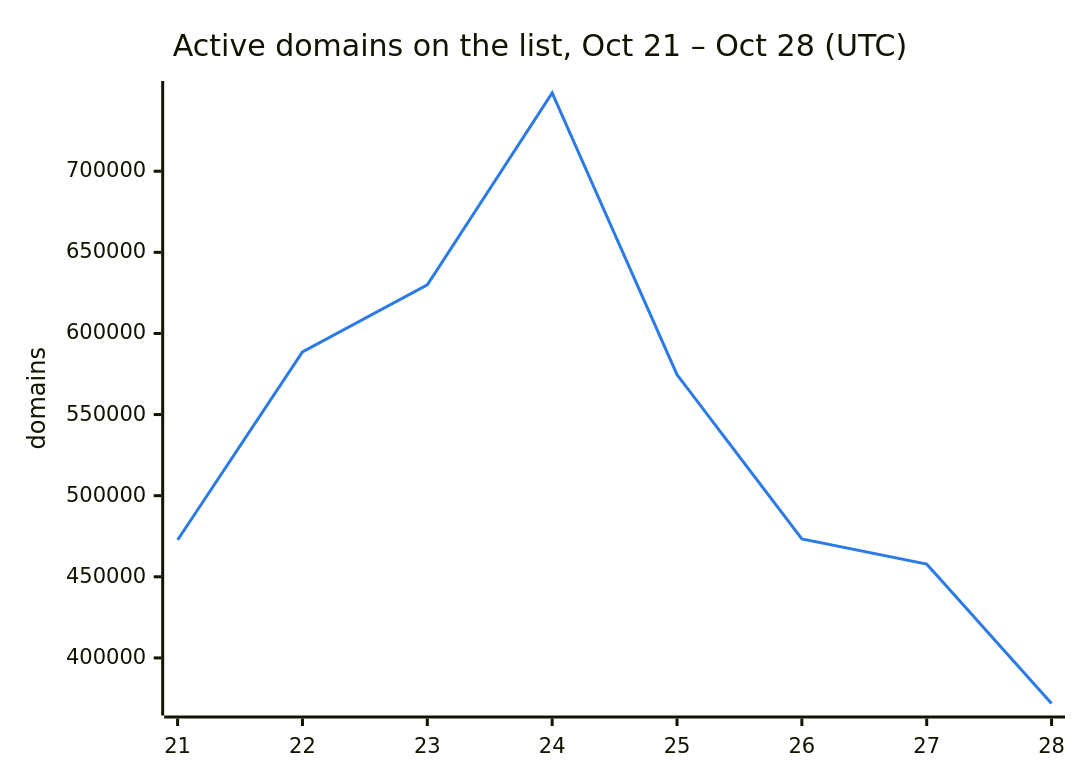
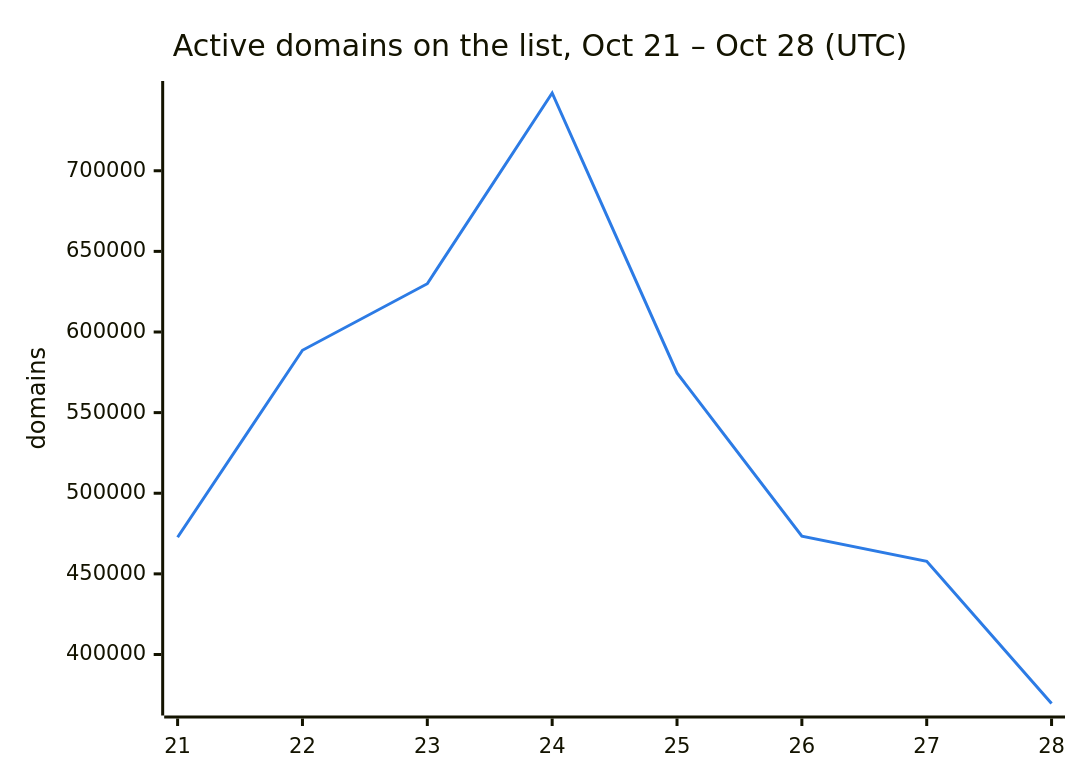
Before and after one commit to DNSBunker/CTI: the second of 3 diagrams in README.md, drawn with Mermaid. The commit also changed other lines of this file and 3 other files, not shown here.

````diff
--- a/README.md
+++ b/README.md
@@ -38,8 +38,8 @@
 ```mermaid
 %%{init: {"themeVariables": {"xyChart": {"plotColorPalette": "#2c7be5"}}}}%%
 xychart-beta
     title "Active domains on the list, Oct 21 – Oct 28 (UTC)"
     x-axis ["21", "22", "23", "24", "25", "26", "27", "28"]
     y-axis "domains"
-    line [472713, 588659, 629951, 748222, 574614, 473331, 457795, 371894]
+    line [472713, 588659, 629951, 748222, 574614, 473331, 457795, 369606]
 ```
````
